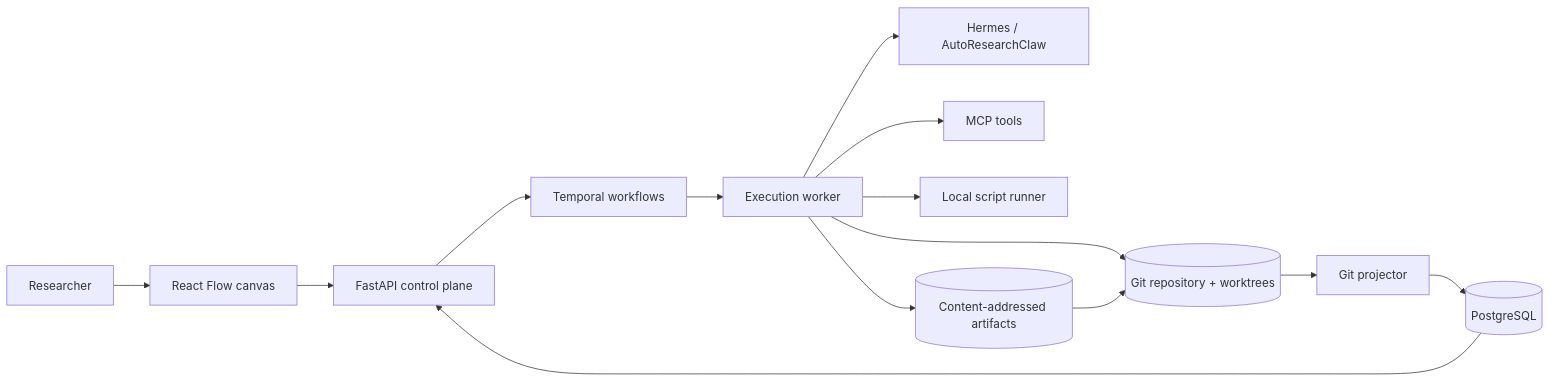
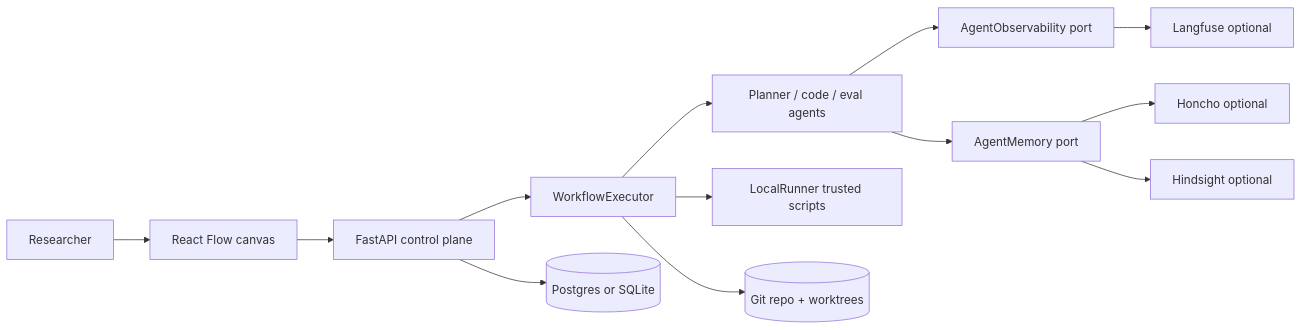
One commit to Kedar-V/AutoResearch changed the diagram in docs/HIGH_LEVEL_DESIGN.md. Above: the diagram before and after it, drawn with Mermaid. The commit also changed other lines of this file and 19 other files, not shown here.

First line of the commit message:
feat: lock research recipe grammar across UI, API, and docs

````diff
--- a/docs/HIGH_LEVEL_DESIGN.md
+++ b/docs/HIGH_LEVEL_DESIGN.md
@@ -39,16 +45,15 @@
 ```mermaid
 flowchart LR
-    User[Researcher] --> UI[React Flow canvas]
-    UI --> API[FastAPI control plane]
-    API --> Temporal[Temporal workflows]
-    Temporal --> Worker[Execution worker]
-    Worker --> Hermes[Hermes / AutoResearchClaw]
-    Worker --> MCP[MCP tools]
-    Worker --> Runtime[Local script runner]
-    Worker --> Git[(Git repository + worktrees)]
-    Git --> Projector[Git projector]
-    Projector --> SQL[(PostgreSQL)]
-    SQL --> API
-    Worker --> Artifacts[(Content-addressed artifacts)]
-    Artifacts --> Git
+  User[Researcher] --> UI[React Flow canvas]
+  UI --> API[FastAPI control plane]
+  API --> Exec[WorkflowExecutor]
+  Exec --> Agents[Planner / code / eval agents]
+  Exec --> Runner[LocalRunner trusted scripts]
+  Exec --> Git[(Git repo + worktrees)]
+  API --> SQL[(Postgres or SQLite)]
+  Agents --> Obs[AgentObservability port]
+  Agents --> Mem[AgentMemory port]
+  Obs --> Langfuse[Langfuse optional]
+  Mem --> Honcho[Honcho optional]
+  Mem --> Hindsight[Hindsight optional]
 ```
````
